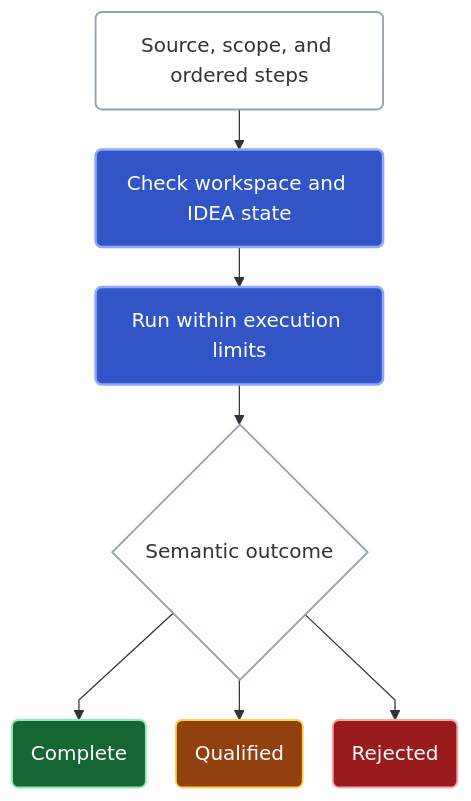
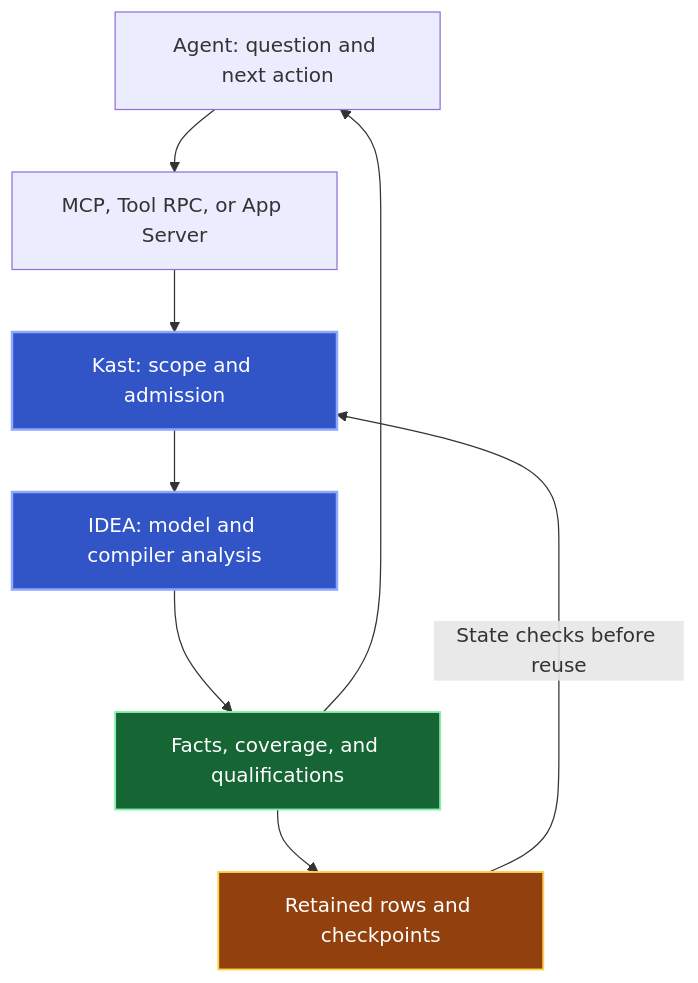
The diagram in docs/public/concepts/architecture.mdx (amichne/kast), drawn with Mermaid before and after one commit. The commit also changed other lines of this file and 23 other files, not shown here.

Commit message:
admin-mcp/concise-docs-and-purposeful-diagrams-faa385d (#929)

````diff
--- a/docs/public/concepts/architecture.mdx
+++ b/docs/public/concepts/architecture.mdx
@@ -23,21 +19,19 @@
 ```mermaid
-%%{init: {"flowchart": {"curve": "linear", "nodeSpacing": 24, "rankSpacing": 32}}}%%
 flowchart TB
-  accTitle: A query reports completion, limitations, or rejection
-  accDescr: Kast checks the selected workspace and IDEA state, then runs the requested source and steps within the execution limits. The result reports complete, qualified, or rejected.
-  A("Source, scope, and ordered steps") --> B("Check workspace and IDEA state")
-  B --> C("Run within execution limits")
-  C --> D{"Semantic outcome"}
-  D --> E("Complete")
-  D --> F("Qualified")
-  D --> G("Rejected")
-  classDef default fill:transparent,stroke:#94A3B8,stroke-width:1.5px;
+  accTitle: Inference, semantic authority, and retained evidence have separate owners
+  accDescr: The agent chooses a question. Transport adapters carry it to Kast, which obtains semantic facts from the selected IDEA project. Retained rows preserve those facts but require state checks before reuse.
+  A["Agent: question and next action"] --> T["MCP, Tool RPC, or App Server"]
+  T --> K["Kast: scope and admission"]
+  K --> I["IDEA: model and compiler analysis"]
+  I --> E["Facts, coverage, and qualifications"]
+  E --> A
+  E --> S["Retained rows and checkpoints"]
+  S -->|State checks before reuse| K
+  class K,I authority;
+  class E evidence;
+  class S limited;
   classDef authority fill:#3154C7,color:#FFFFFF,stroke:#8FA7FF,stroke-width:2px;
   classDef evidence fill:#166534,color:#FFFFFF,stroke:#86EFAC,stroke-width:1.5px;
   classDef limited fill:#92400E,color:#FFFFFF,stroke:#FCD34D,stroke-width:1.5px;
   classDef rejected fill:#991B1B,color:#FFFFFF,stroke:#FCA5A5,stroke-width:1.5px;
-  class B,C authority;
-  class E evidence;
-  class F limited;
-  class G rejected;
 ```
````
